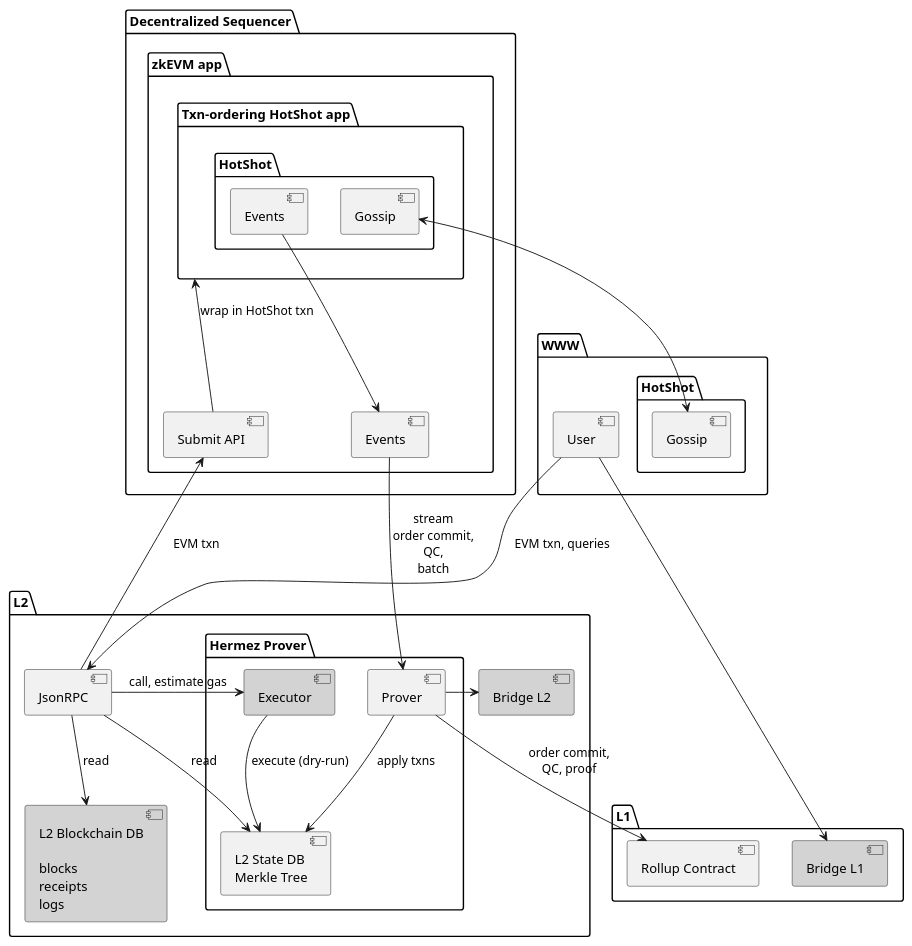
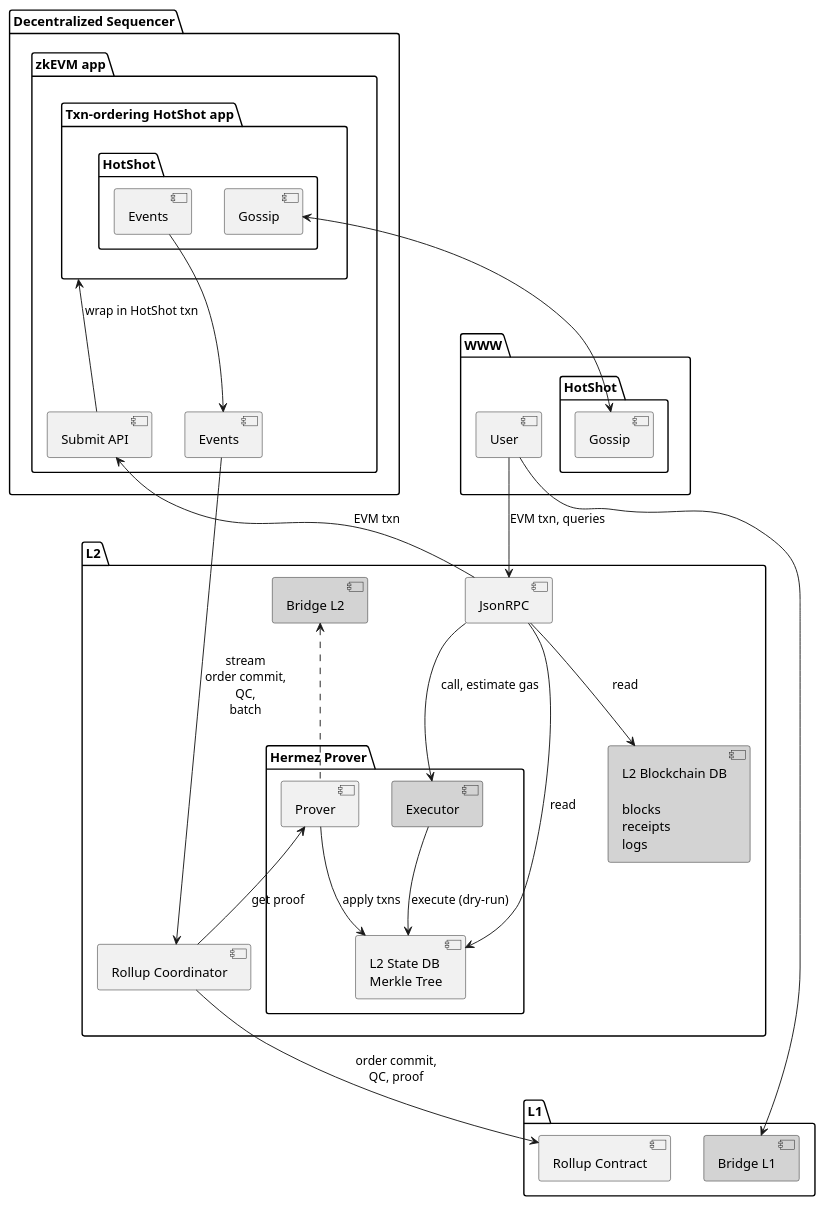
One commit to EspressoSystems/espresso-sequencer changed the diagram in doc/architecture.puml. Above: the diagram before and after it, drawn with PlantUML. The commit also changed 1 other file, not shown here.

Commit message:
Add rollup coordinator

```diff
--- a/doc/architecture.puml
+++ b/doc/architecture.puml
@@ -1,66 +1,69 @@
 @startuml
 package "WWW" {
   component User
   package "HotShot" as HotShotExternal {
     component "Gossip" as GossipExternal
   }
 }
 
 package "Decentralized Sequencer" {
   package "zkEVM app" as zkApp {
     component Events
     component "Submit API" as Submit
     package "Txn-ordering HotShot app" as App {
       package HotShot {
         component "Gossip" as GossipInternal
         component "Events" as HotShotEvents
       }
     }
   }
 }
 
 package L2 {
   component JsonRPC
   component L2DB #lightgrey [
     L2 Blockchain DB
 
     blocks
     receipts
     logs
   ]
   package "Hermez Prover" as HermezProver {
     component Prover
     component Executor #lightgrey
     component Tree [
       L2 State DB
       Merkle Tree
     ]
   }
   component "Bridge L2" as BridgeL2 #lightgrey
+  component "Rollup Coordinator" as RollupCoordinator
 }
+
 
 package L1 {
   component Rollup [
     Rollup Contract
   ]
   component "Bridge L1" as BridgeL1 #lightgrey
 }
 
 GossipInternal <-down-> GossipExternal
-Prover -> BridgeL2
+Prover .up.> BridgeL2
 
 User --> JsonRPC: EVM txn, queries
-JsonRPC -> Submit: EVM txn
+JsonRPC -up-> Submit: EVM txn
 JsonRPC --> L2DB: read
 JsonRPC --> Tree: read
-JsonRPC -> Executor: call, estimate gas
+JsonRPC --> Executor: call, estimate gas
 
-User -> BridgeL1
+User --> BridgeL1
 Submit -up-> App: wrap in HotShot txn
 HotShotEvents -down-> Events
 
 Executor --> Tree: execute (dry-run)
 Prover --> Tree: apply txns
-Events --> Prover: stream\norder commit,\nQC,\nbatch
-Prover --> Rollup: order commit,\nQC, proof
+Events --> RollupCoordinator: stream\norder commit,\nQC,\nbatch
+RollupCoordinator -up-> Prover: get proof
+RollupCoordinator --> Rollup: order commit,\nQC, proof
 @enduml
```
